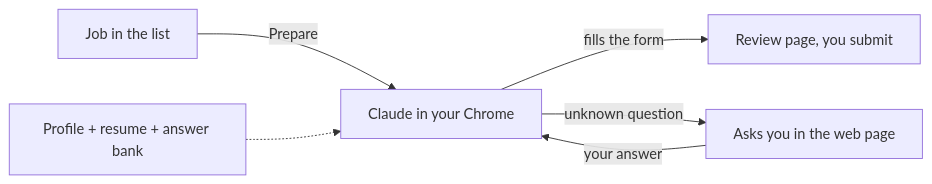
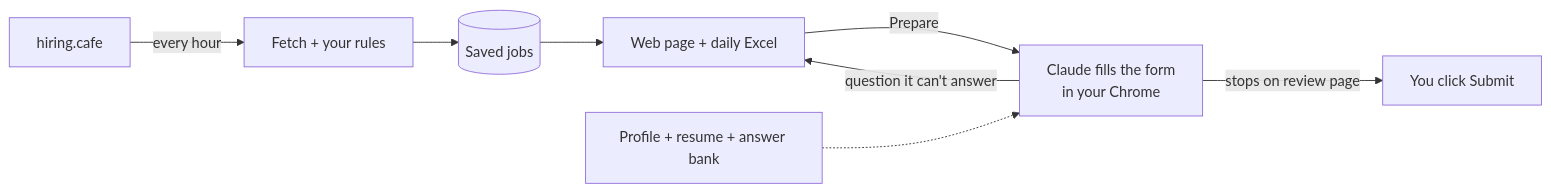
Before and after one commit to zhuyuezx/JobAppBot: the diagram in README.md, drawn with Mermaid. The commit also changed other lines of this file and 3 other files, not shown here.

````diff
--- a/README.md
+++ b/README.md
@@ -63,8 +9,10 @@
 ```mermaid
 flowchart LR
-    J[Job in the list] -->|Prepare| C[Claude in your Chrome]
-    C -->|fills the form| R[Review page, you submit]
-    C -->|unknown question| Q[Asks you in the web page]
-    Q -->|your answer| C
+    HC[hiring.cafe] -->|every hour| F[Fetch + your rules]
+    F --> DB[(Saved jobs)]
+    DB --> UI[Web page + daily Excel]
+    UI -->|Prepare| C[Claude fills the form<br/>in your Chrome]
+    C -->|stops on review page| YOU[You click Submit]
+    C -->|question it can't answer| UI
     P[Profile + resume + answer bank] -.-> C
 ```
````
